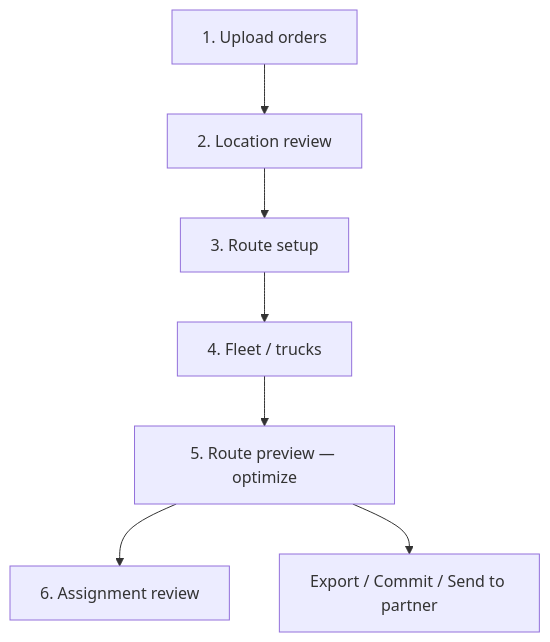
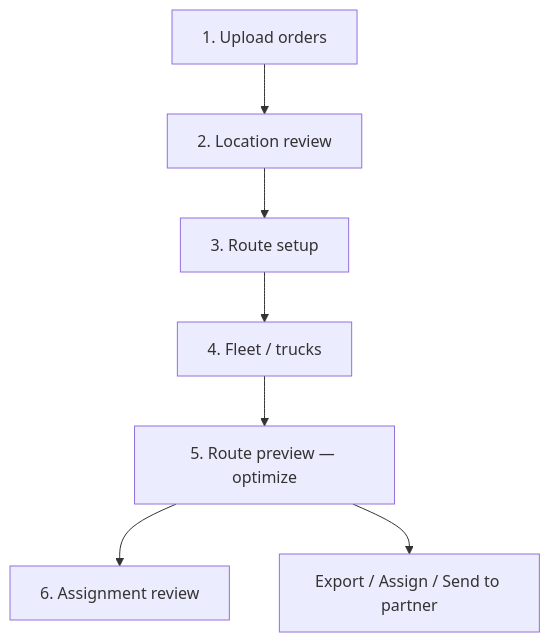
Before and after one commit to mniyaz/tcms-fusion: the diagram in docs/route-planning/end-to-end-flow.md, drawn with Mermaid. The commit also changed other lines of this file and 4 other files, not shown here.

````diff
--- a/docs/route-planning/end-to-end-flow.md
+++ b/docs/route-planning/end-to-end-flow.md
@@ -44,9 +44,9 @@
 ```mermaid
 flowchart TD
   A[1. Upload orders] --> B[2. Location review]
   B --> C[3. Route setup]
   C --> D[4. Fleet / trucks]
   D --> E[5. Route preview — optimize]
   E --> F[6. Assignment review]
-  E --> G[Export / Commit / Send to partner]
+  E --> G[Export / Assign / Send to partner]
 ```
````
